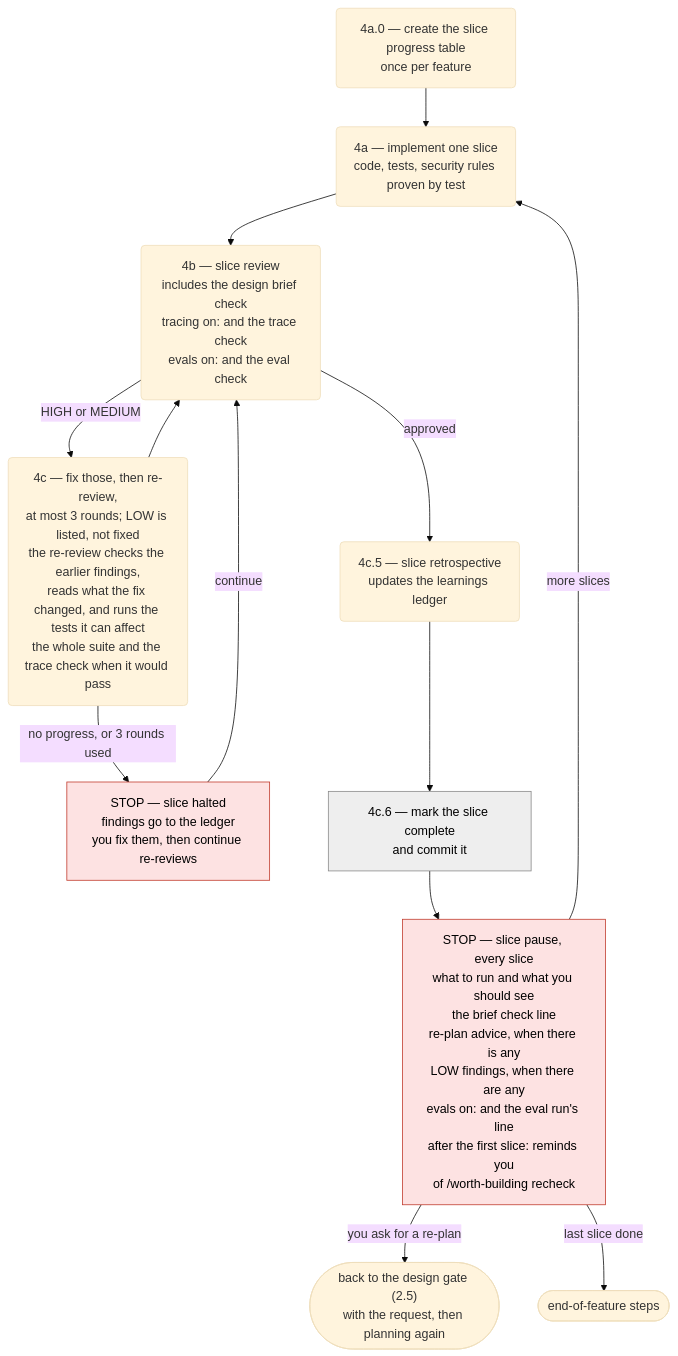
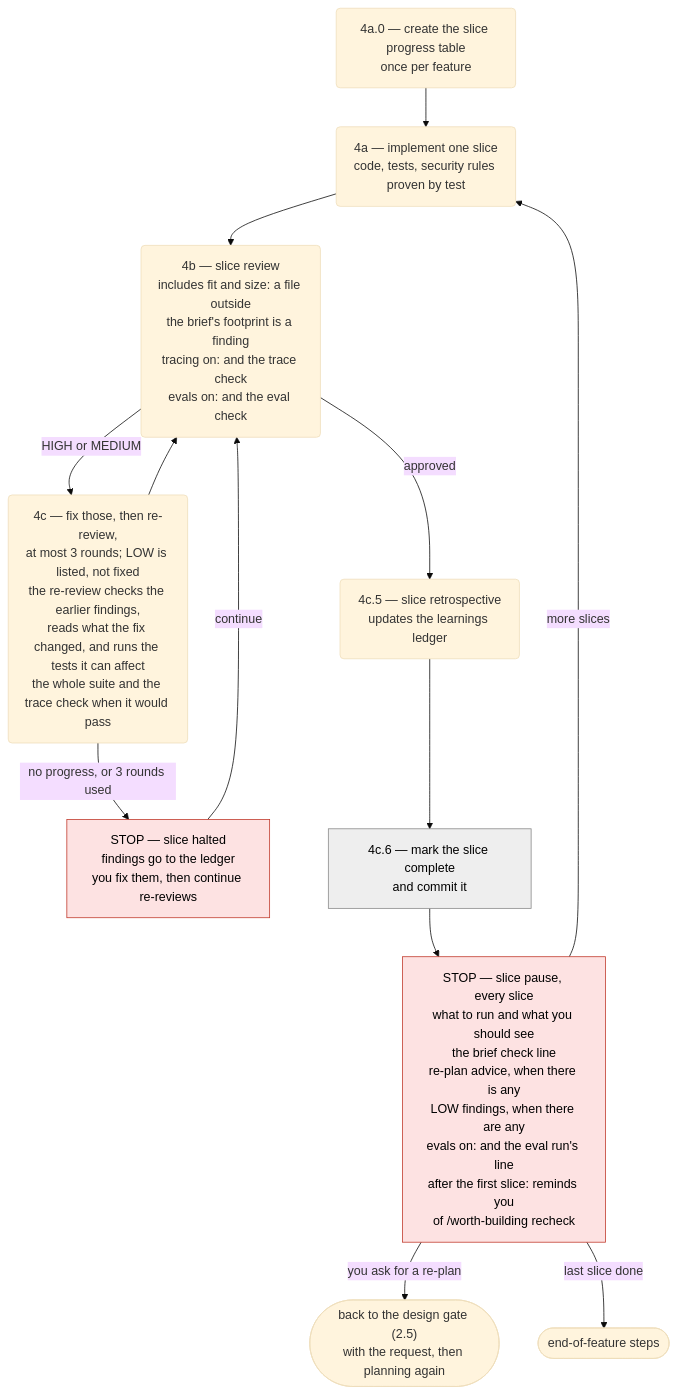
One commit to pablooliva/claude-plugins changed the third of 4 diagrams in agent-engineering/docs/sdd-flow-diagram.md. Above: the diagram before and after it, drawn with Mermaid (base theme). The commit also changed other lines of this file and 13 other files, not shown here.

First line of the commit message:
ae(4.2.0): sdd-flow release 2, part 2 — the code reviews also judge fit and size

````diff
--- a/agent-engineering/docs/sdd-flow-diagram.md
+++ b/agent-engineering/docs/sdd-flow-diagram.md
@@ -96,18 +96,18 @@
 ```mermaid
 flowchart TD
     scaffold("4a.0 — create the slice progress table<br/>once per feature") --> impl("4a — implement one slice<br/>code, tests, security rules proven by test")
-    impl --> review("4b — slice review<br/>includes the design brief check<br/>tracing on: and the trace check<br/>evals on: and the eval check")
+    impl --> review("4b — slice review<br/>includes fit and size: a file outside<br/>the brief's footprint is a finding<br/>tracing on: and the trace check<br/>evals on: and the eval check")
     review -- "HIGH or MEDIUM" --> fix("4c — fix those, then re-review,<br/>at most 3 rounds; LOW is listed, not fixed<br/>the re-review checks the earlier findings,<br/>reads what the fix changed, and runs the tests it can affect<br/>the whole suite and the trace check when it would pass")
     fix --> review
     fix -- "no progress, or 3 rounds used" --> halt["STOP — slice halted<br/>findings go to the ledger<br/>you fix them, then continue re-reviews"]:::stop
     halt -- "continue" --> review
     review -- "approved" --> retro("4c.5 — slice retrospective<br/>updates the learnings ledger")
     retro --> commit["4c.6 — mark the slice complete<br/>and commit it"]:::orch
     commit --> pause["STOP — slice pause, every slice<br/>what to run and what you should see<br/>the brief check line<br/>re-plan advice, when there is any<br/>LOW findings, when there are any<br/>evals on: and the eval run's line<br/>after the first slice: reminds you<br/>of /worth-building recheck"]:::stop
     pause -- "you ask for a re-plan" --> replan(["back to the design gate (2.5)<br/>with the request, then planning again"])
     pause -- "more slices" --> impl
     pause -- "last slice done" --> eof(["end-of-feature steps"])
 
     classDef stop fill:#fde2e2,stroke:#c0392b,color:#000
     classDef orch fill:#eeeeee,stroke:#888888,color:#000
 ```
````
